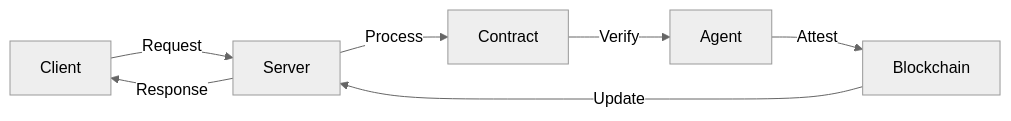
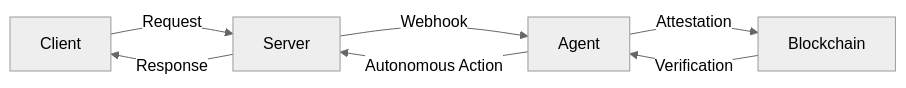
One commit to Cyberpaisa/deterministic-observability-framework changed the diagram in README.md. Above: the diagram before and after it, drawn with Mermaid (neutral theme). The commit also changed other lines of this file and 10 other files, not shown here.

````diff
--- a/README.md
+++ b/README.md
@@ -12,9 +20,9 @@
 ```mermaid
 graph LR
     A[Client] -->| Request | B[Server]
-    B -->| Process | C[Contract]
-    C -->| Verify | D[Agent]
-    D -->| Attest | E[Blockchain]
-    E -->| Update | B
     B -->| Response | A
+    B -->| Webhook | C[Agent]
+    C -->| Attestation | D[Blockchain]
+    D -->| Verification | C
+    C -->| Autonomous Action | B
 ```
````
